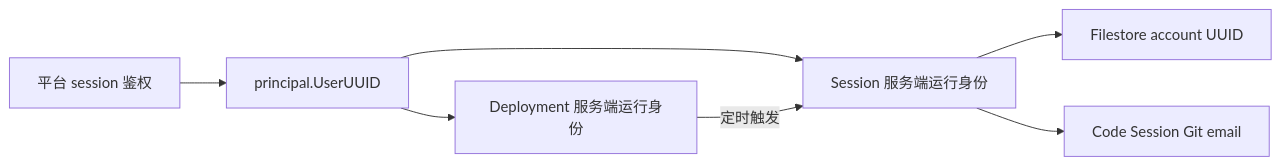
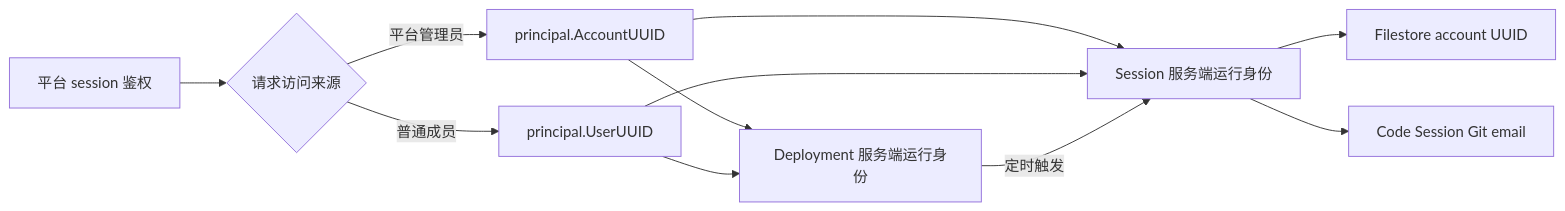
The diagram in docs/design/be/auth-credential-routing.md (superduck-ai/open-managed-agents), drawn with Mermaid before and after one commit. The commit also changed other lines of this file and 9 other files, not shown here.

````diff
--- a/docs/design/be/auth-credential-routing.md
+++ b/docs/design/be/auth-credential-routing.md
@@ -190,9 +190,13 @@
 ```mermaid
 flowchart LR
-    P[平台 session 鉴权] --> U[principal.UserUUID]
+    P[平台 session 鉴权] --> A{请求访问来源}
+    A -->|普通成员| U[principal.UserUUID]
+    A -->|平台管理员| V[principal.AccountUUID]
+    V --> S
+    V --> D
     U --> S[Session 服务端运行身份]
     U --> D[Deployment 服务端运行身份]
     D -->|定时触发| S
     S --> F[Filestore account UUID]
     S --> C[Code Session Git email]
 ```
````
